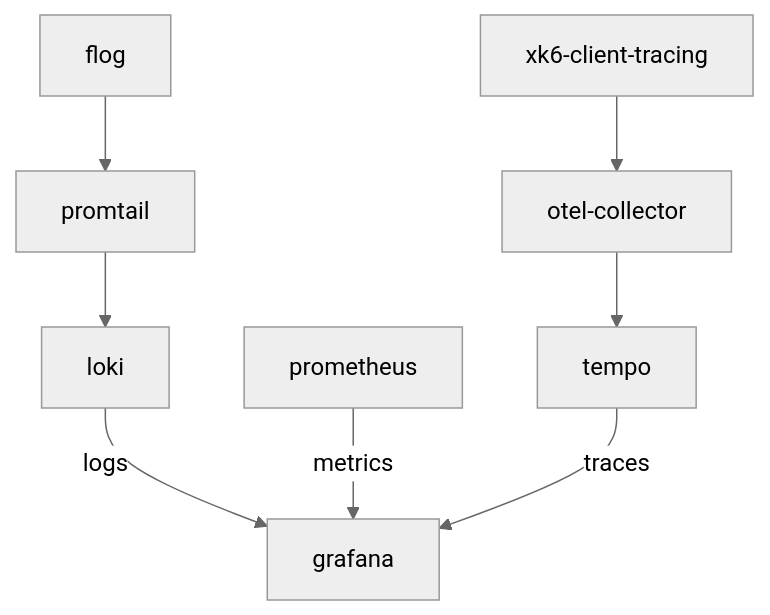
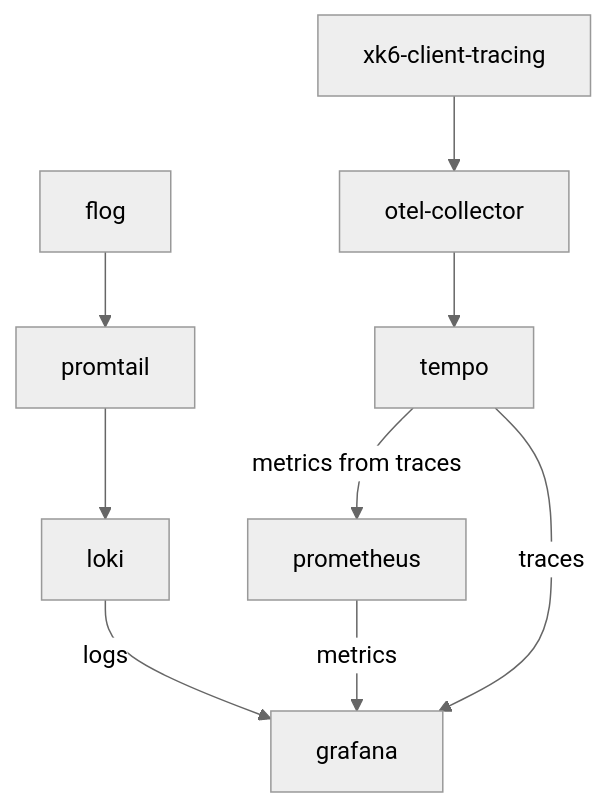
One commit to abtris/otel-example changed the diagram in README.md. Above: the diagram before and after it, drawn with Mermaid (neutral theme).

````diff
--- a/README.md
+++ b/README.md
@@ -29,10 +29,11 @@
 ```mermaid
 flowchart TD
     xk6-client-tracing --> otel-collector
     flog --> promtail
     otel-collector --> tempo
     loki -- logs --> grafana
     prometheus -- metrics --> grafana
     tempo -- traces --> grafana
     promtail --> loki
+    tempo -- metrics from traces --> prometheus
 ```
````
